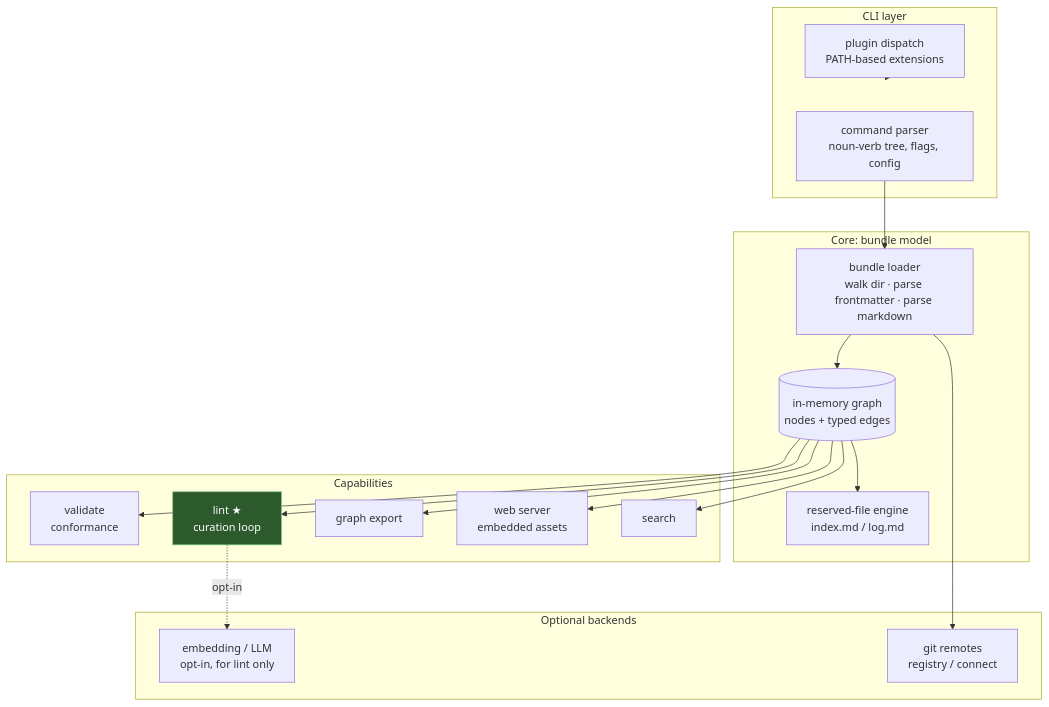
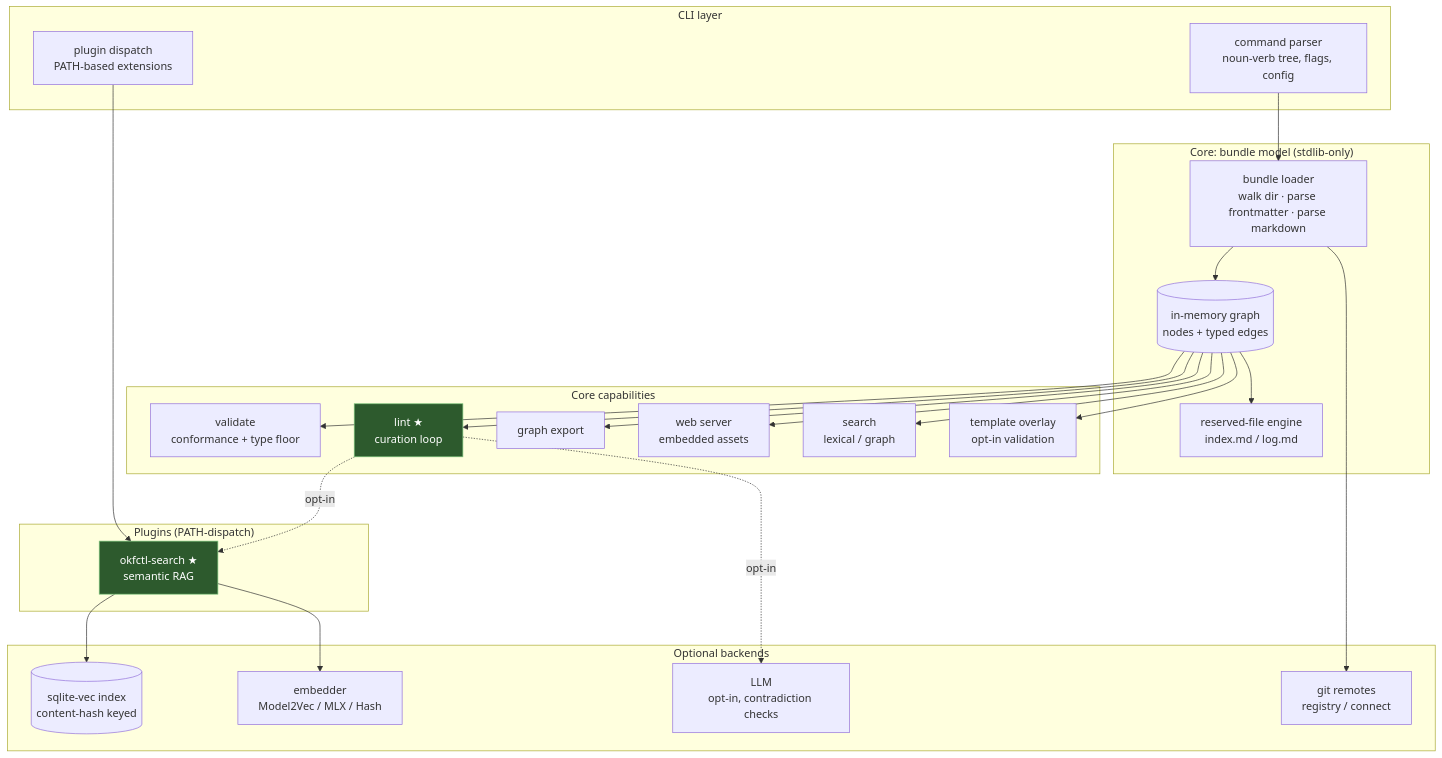
Before and after one commit to cwest/okfctl: the sixth of 6 diagrams in docs/PRD.md, drawn with Mermaid. The commit also changed other lines of this file, not shown here.

First line of the commit message:
📝 docs(prd): expand v1 to managed type, vector search, and templates

````diff
--- a/docs/PRD.md
+++ b/docs/PRD.md
@@ -250,40 +571,52 @@
 ```mermaid
 flowchart TD
     subgraph CLI["CLI layer"]
-        parse[command parser<br/>noun-verb tree, flags, config]
-        dispatch[plugin dispatch<br/>PATH-based extensions]
+        parse["command parser<br/>noun-verb tree, flags, config"]
+        dispatch["plugin dispatch<br/>PATH-based extensions"]
     end
 
-    subgraph CORE["Core: bundle model"]
-        loader[bundle loader<br/>walk dir · parse frontmatter · parse markdown]
-        model[(in-memory graph<br/>nodes + typed edges)]
-        recon[reserved-file engine<br/>index.md / log.md]
+    subgraph CORE["Core: bundle model (stdlib-only)"]
+        loader["bundle loader<br/>walk dir · parse frontmatter · parse markdown"]
+        model[("in-memory graph<br/>nodes + typed edges")]
+        recon["reserved-file engine<br/>index.md / log.md"]
     end
 
-    subgraph CAP["Capabilities"]
-        val[validate<br/>conformance]
-        lint[lint ★<br/>curation loop]
-        gexp[graph export]
-        web[web server<br/>embedded assets]
-        srch[search]
+    subgraph CAP["Core capabilities"]
+        val["validate<br/>conformance + type floor"]
+        lint["lint ★<br/>curation loop"]
+        gexp["graph export"]
+        web["web server<br/>embedded assets"]
+        srch["search<br/>lexical / graph"]
+        tmpl["template overlay<br/>opt-in validation"]
+    end
+
+    subgraph PLUGIN["Plugins (PATH-dispatch)"]
+        sem["okfctl-search ★<br/>semantic RAG"]
     end
 
     subgraph BACK["Optional backends"]
-        emb[embedding / LLM<br/>opt-in, for lint only]
-        git[git remotes<br/>registry / connect]
+        vecdb[("sqlite-vec index<br/>content-hash keyed")]
+        emb["embedder<br/>Model2Vec / MLX / Hash"]
+        llm["LLM<br/>opt-in, contradiction checks"]
+        git["git remotes<br/>registry / connect"]
     end
 
     parse --> loader
-    dispatch -.-> CLI
+    dispatch --> sem
     loader --> model
     model --> recon
     model --> val
     model --> lint
     model --> gexp
     model --> web
     model --> srch
-    lint -.opt-in.-> emb
+    model --> tmpl
+    sem --> emb
+    sem --> vecdb
+    lint -.opt-in.-> sem
+    lint -.opt-in.-> llm
     loader --> git
 
     style lint fill:#2d5a2d,stroke:#7bc47b,color:#fff
+    style sem fill:#2d5a2d,stroke:#7bc47b,color:#fff
 ```
````
